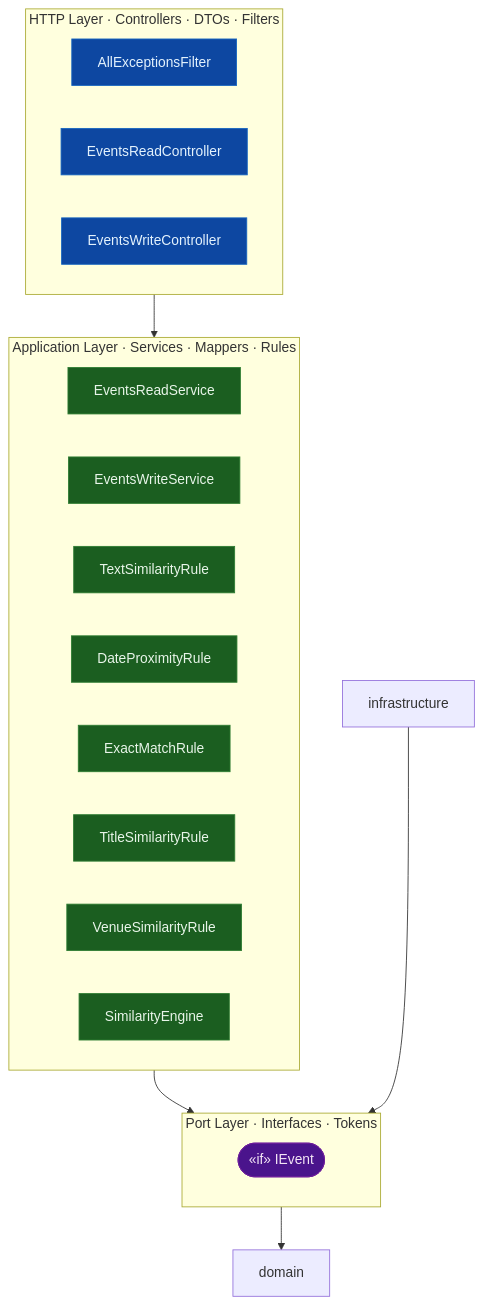
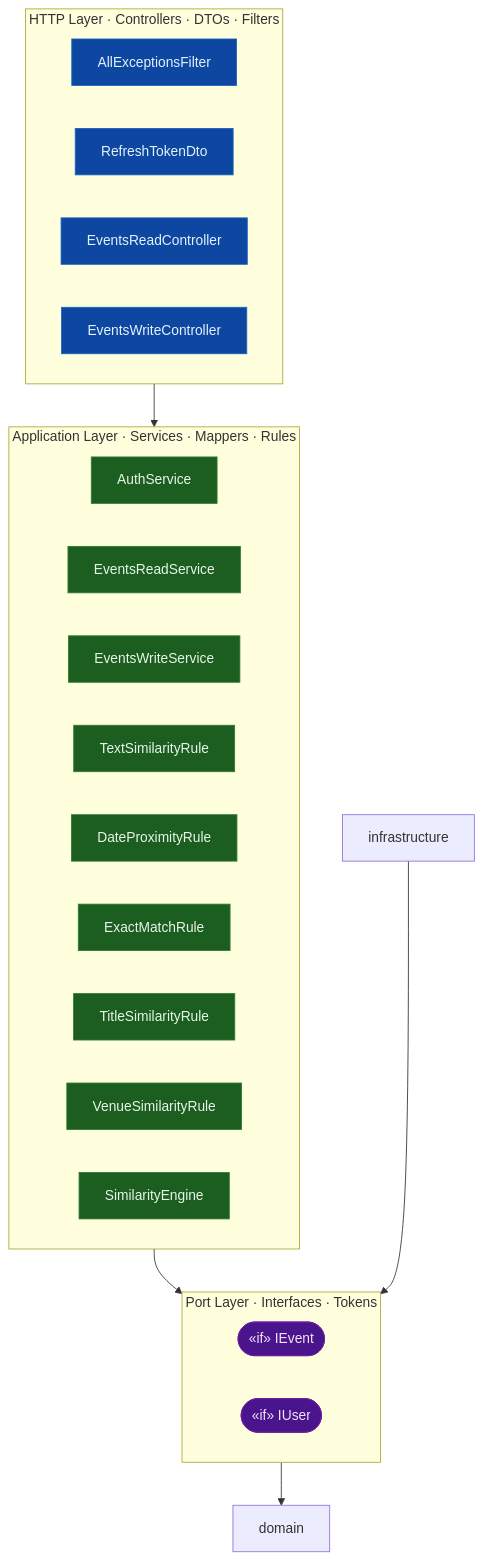
One commit to Phastboy/campuspulse changed the third of 3 diagrams in docs/architecture.md. Above: the diagram before and after it, drawn with Mermaid. The commit also changed other lines of this file, not shown here.

Commit message:
docs(architecture): update diagrams with auth module components

````diff
--- a/docs/architecture.md
+++ b/docs/architecture.md
@@ -97,48 +120,54 @@
 ```mermaid
 graph TB
   %% Layers — arrows show the only allowed dependency direction
 
   subgraph http ["HTTP Layer · Controllers · DTOs · Filters"]
     AllExceptionsFilter["AllExceptionsFilter"]
+    RefreshTokenDto["RefreshTokenDto"]
     EventsReadController["EventsReadController"]
     EventsWriteController["EventsWriteController"]
   end
 
   subgraph application ["Application Layer · Services · Mappers · Rules"]
+    AuthService["AuthService"]
     EventsReadService["EventsReadService"]
     EventsWriteService["EventsWriteService"]
     TextSimilarityRule["TextSimilarityRule"]
     DateProximityRule["DateProximityRule"]
     ExactMatchRule["ExactMatchRule"]
     TitleSimilarityRule["TitleSimilarityRule"]
     VenueSimilarityRule["VenueSimilarityRule"]
     SimilarityEngine["SimilarityEngine"]
   end
 
   subgraph port ["Port Layer · Interfaces · Tokens"]
     IEvent(["«if» IEvent"])
+    IUser(["«if» IUser"])
   end
 
   http          --> application
   application   --> port
   port          --> domain
   infrastructure --> port
 
   classDef http   fill:#0d47a1,stroke:#1565c0,color:#e3f2fd
   classDef app    fill:#1b5e20,stroke:#2e7d32,color:#e8f5e9
   classDef port   fill:#4a148c,stroke:#6a1b9a,color:#f3e5f5
   classDef domain fill:#e65100,stroke:#ef6c00,color:#fff3e0
   classDef infra  fill:#37474f,stroke:#455a64,color:#eceff1
   class AllExceptionsFilter http
+  class RefreshTokenDto http
   class EventsReadController http
   class EventsWriteController http
+  class AuthService app
   class EventsReadService app
   class EventsWriteService app
   class TextSimilarityRule app
   class DateProximityRule app
   class ExactMatchRule app
   class TitleSimilarityRule app
   class VenueSimilarityRule app
   class SimilarityEngine app
   class IEvent port
+  class IUser port
 ```
````
